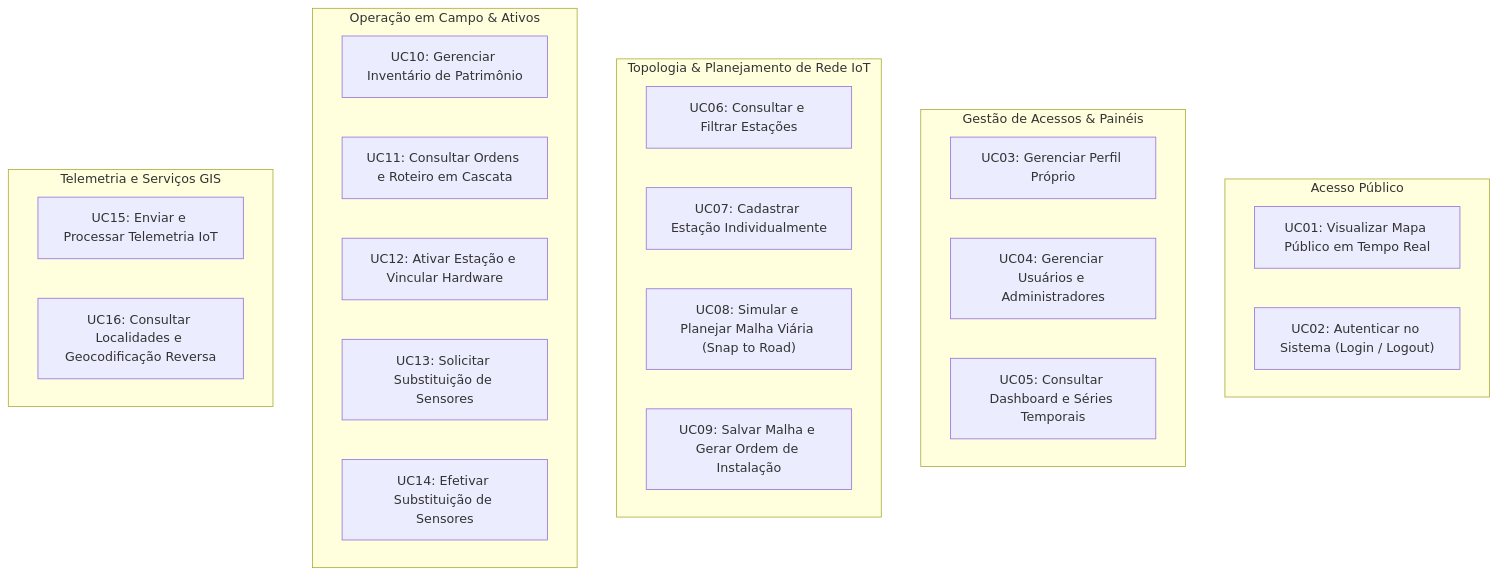
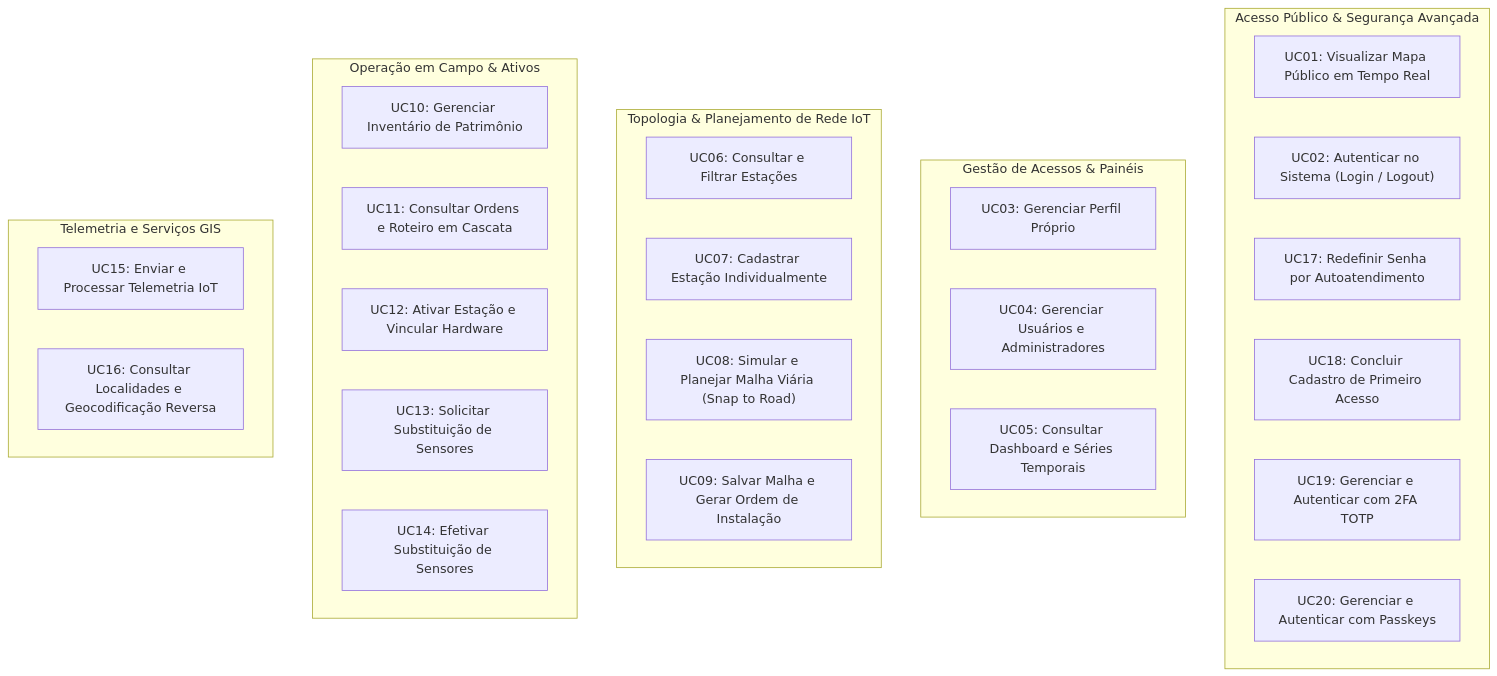
The fourth of 4 diagrams in README.md (henrique-1/OpenAir-Metrics), drawn with Mermaid before and after one commit. The commit also changed other lines of this file and 4 other files, not shown here.

````diff
--- a/README.md
+++ b/README.md
@@ -311,33 +325,37 @@
 ```mermaid
 flowchart TD
-    subgraph PUBLICO["Acesso Público"]
+    subgraph PUBLICO_SEGURANCA["Acesso Público & Segurança Avançada"]
         UC01["UC01: Visualizar Mapa Público em Tempo Real"]
         UC02["UC02: Autenticar no Sistema (Login / Logout)"]
+        UC17["UC17: Redefinir Senha por Autoatendimento"]
+        UC18["UC18: Concluir Cadastro de Primeiro Acesso"]
+        UC19["UC19: Gerenciar e Autenticar com 2FA TOTP"]
+        UC20["UC20: Gerenciar e Autenticar com Passkeys"]
     end
 
     subgraph GESTAO["Gestão de Acessos & Painéis"]
         UC03["UC03: Gerenciar Perfil Próprio"]
         UC04["UC04: Gerenciar Usuários e Administradores"]
         UC05["UC05: Consultar Dashboard e Séries Temporais"]
     end
 
     subgraph REDE_ESTACOES["Topologia & Planejamento de Rede IoT"]
         UC06["UC06: Consultar e Filtrar Estações"]
         UC07["UC07: Cadastrar Estação Individualmente"]
         UC08["UC08: Simular e Planejar Malha Viária (Snap to Road)"]
         UC09["UC09: Salvar Malha e Gerar Ordem de Instalação"]
     end
 
     subgraph OPERACAO_CAMPO["Operação em Campo & Ativos"]
         UC10["UC10: Gerenciar Inventário de Patrimônio"]
         UC11["UC11: Consultar Ordens e Roteiro em Cascata"]
         UC12["UC12: Ativar Estação e Vincular Hardware"]
         UC13["UC13: Solicitar Substituição de Sensores"]
         UC14["UC14: Efetivar Substituição de Sensores"]
     end
 
     subgraph TELEMETRIA_GIS["Telemetria e Serviços GIS"]
         UC15["UC15: Enviar e Processar Telemetria IoT"]
         UC16["UC16: Consultar Localidades e Geocodificação Reversa"]
     end
 ```
````
